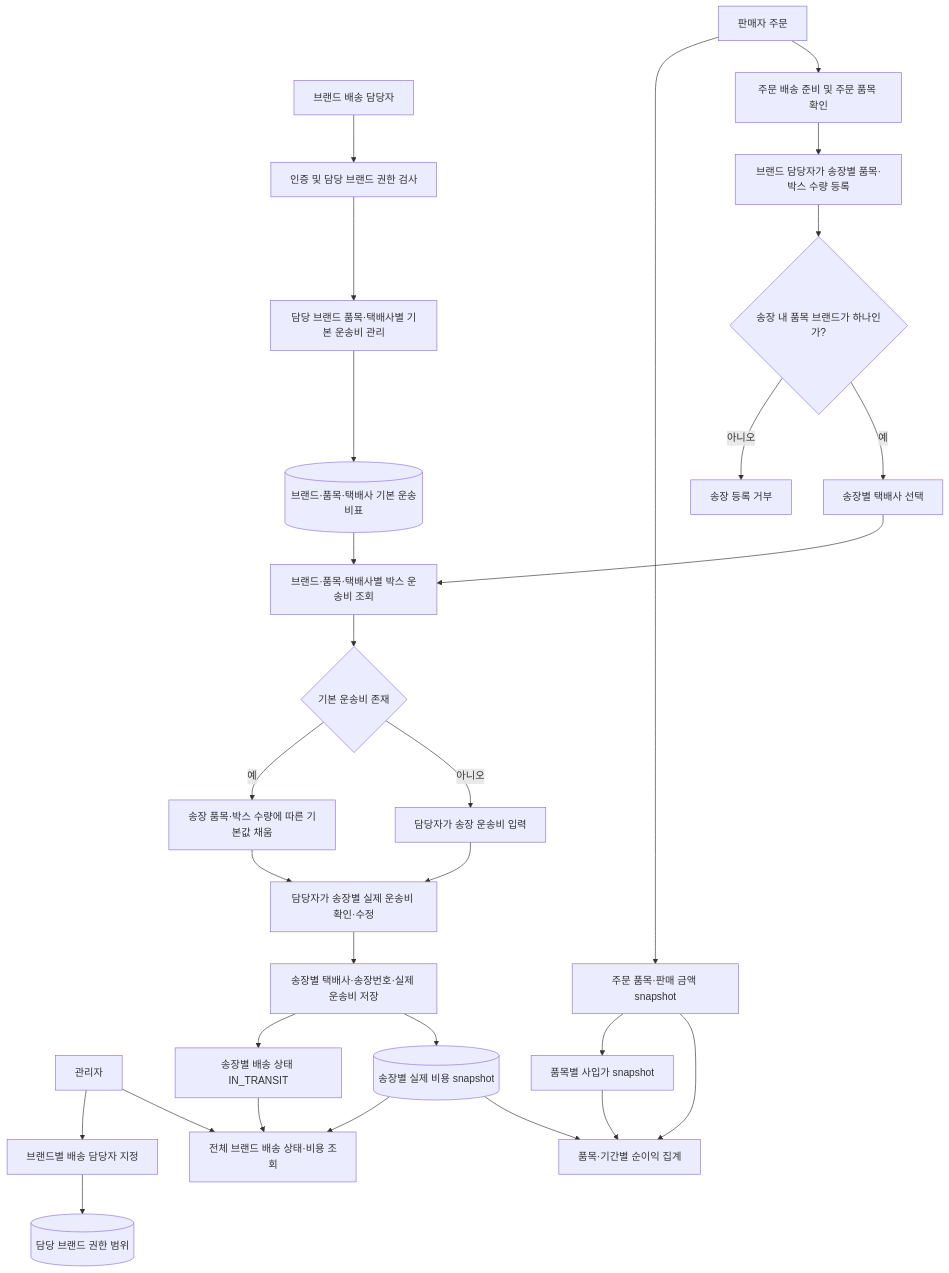
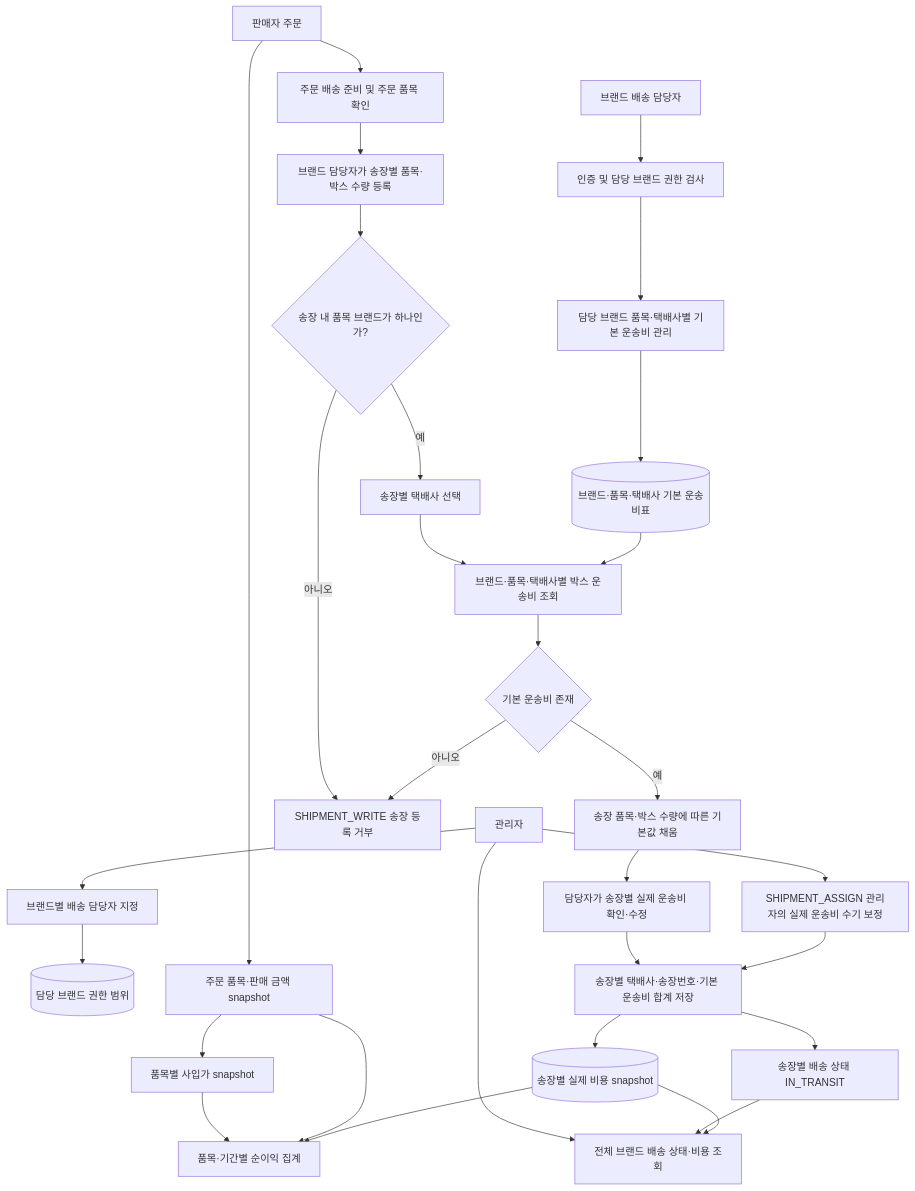
Before and after one commit to DongHyeonEom/umji-market-api: the fifth of 5 diagrams in docs/services/order.md, drawn with Mermaid. The commit also changed other lines of this file and 9 other files, not shown here.

````diff
--- a/docs/services/order.md
+++ b/docs/services/order.md
@@ -352,31 +352,32 @@
 ```mermaid
 flowchart TD
     ADMIN[관리자] --> ASSIGN[브랜드별 배송 담당자 지정]
     ASSIGN --> SCOPE[(담당 브랜드 권한 범위)]
     MANAGER[브랜드 배송 담당자] --> AUTH[인증 및 담당 브랜드 권한 검사]
     AUTH --> CONFIG[담당 브랜드 품목·택배사별 기본 운송비 관리]
     CONFIG --> MATRIX[(브랜드·품목·택배사 기본 운송비표)]
     ORDER[판매자 주문] --> ITEMS[주문 품목·판매 금액 snapshot]
     ITEMS --> COST[품목별 사입가 snapshot]
     ORDER --> SHIPREADY[주문 배송 준비 및 주문 품목 확인]
     SHIPREADY --> BOX[브랜드 담당자가 송장별 품목·박스 수량 등록]
     BOX --> ONEBRAND{송장 내 품목 브랜드가 하나인가?}
     ONEBRAND -->|아니오| REJECT[송장 등록 거부]
     ONEBRAND -->|예| PICK[송장별 택배사 선택]
     PICK --> LOOKUP[브랜드·품목·택배사별 박스 운송비 조회]
     MATRIX --> LOOKUP
     LOOKUP --> FOUND{기본 운송비 존재}
     FOUND -->|예| PREFILL[송장 품목·박스 수량에 따른 기본값 채움]
-    FOUND -->|아니오| INPUT[담당자가 송장 운송비 입력]
+    FOUND -->|아니오| REJECT[SHIPMENT_WRITE 송장 등록 거부]
     PREFILL --> REVIEW[담당자가 송장별 실제 운송비 확인·수정]
-    INPUT --> REVIEW
-    REVIEW --> TRACK[송장별 택배사·송장번호·실제 운송비 저장]
+    REVIEW --> TRACK[송장별 택배사·송장번호·기본 운송비 합계 저장]
     TRACK --> STATUS[송장별 배송 상태 IN_TRANSIT]
     TRACK --> SNAP[(송장별 실제 비용 snapshot)]
     ADMIN --> ALL[전체 브랜드 배송 상태·비용 조회]
     STATUS --> ALL
     SNAP --> ALL
     COST --> PROFIT[품목·기간별 순이익 집계]
     ITEMS --> PROFIT
     SNAP --> PROFIT
+    ADMIN --> OVERRIDE[SHIPMENT_ASSIGN 관리자의 실제 운송비 수기 보정]
+    OVERRIDE --> TRACK
 ```
````
